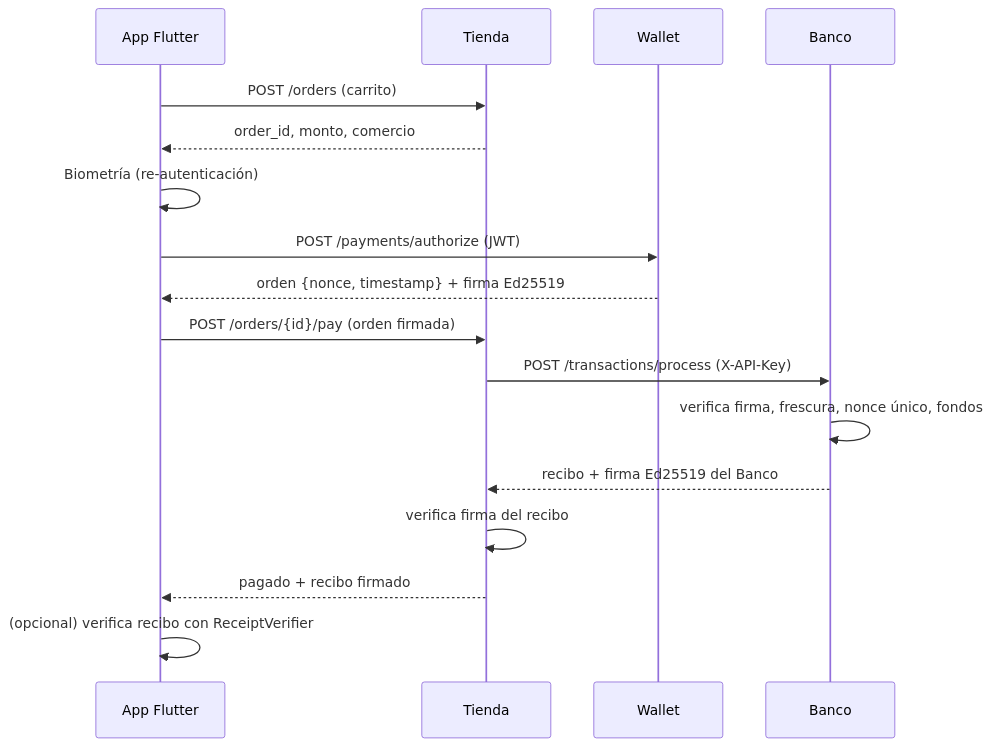
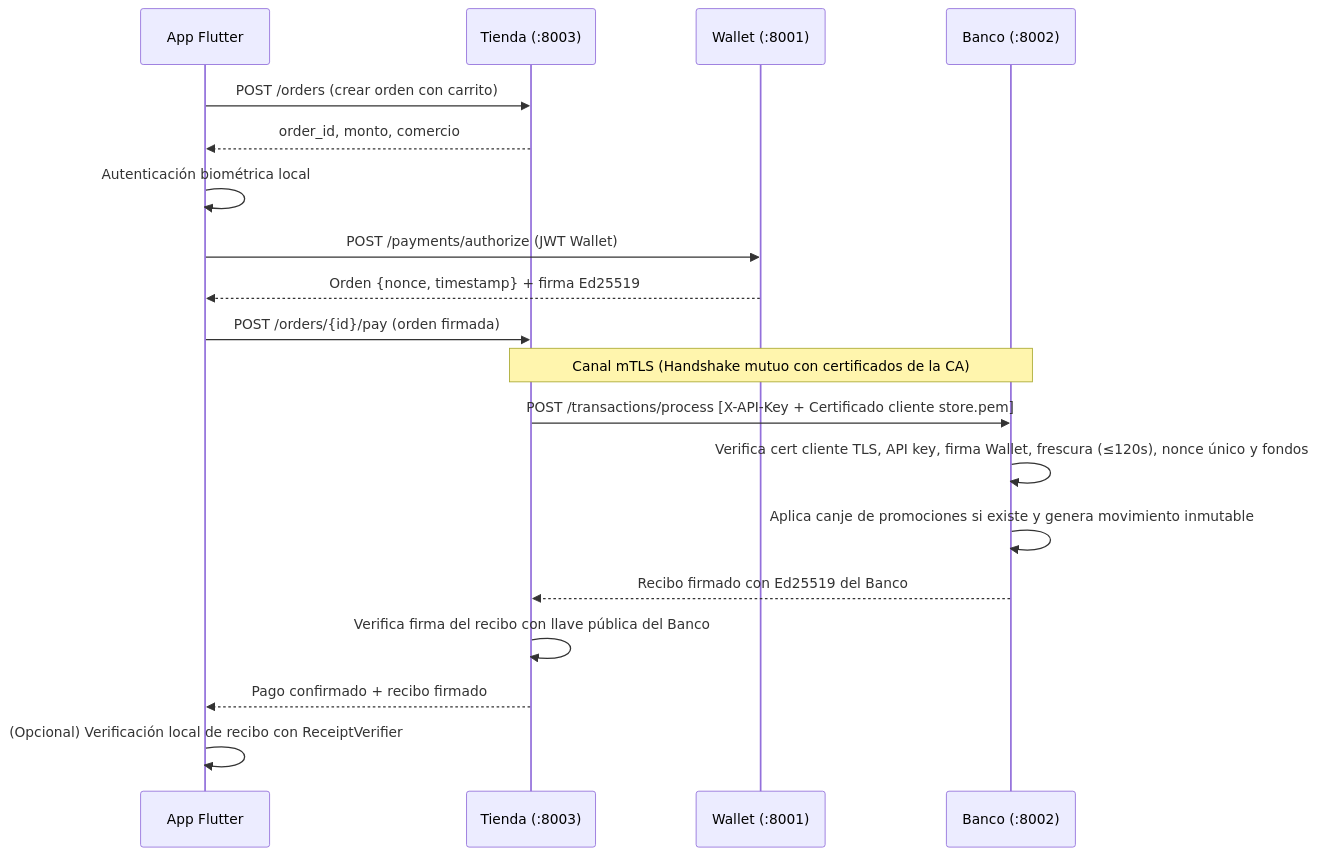
One commit to yaelalfonso31-lang/SecureWallet-Proyecto-de-Ciberseguridad- changed the first of 3 diagrams in docs/ARQUITECTURA.md. Above: the diagram before and after it, drawn with Mermaid. The commit also changed other lines of this file and 4 other files, not shown here.

Commit message:
feat(bank): B8 - revisión final de seguridad y documentación del Banco

````diff
--- a/docs/ARQUITECTURA.md
+++ b/docs/ARQUITECTURA.md
@@ -25,19 +35,22 @@
 ```mermaid
 sequenceDiagram
     participant A as App Flutter
-    participant T as Tienda
-    participant W as Wallet
-    participant B as Banco
-    A->>T: POST /orders (carrito)
+    participant T as Tienda (:8003)
+    participant W as Wallet (:8001)
+    participant B as Banco (:8002)
+
+    A->>T: POST /orders (crear orden con carrito)
     T-->>A: order_id, monto, comercio
-    A->>A: Biometría (re-autenticación)
-    A->>W: POST /payments/authorize (JWT)
-    W-->>A: orden {nonce, timestamp} + firma Ed25519
+    A->>A: Autenticación biométrica local
+    A->>W: POST /payments/authorize (JWT Wallet)
+    W-->>A: Orden {nonce, timestamp} + firma Ed25519
     A->>T: POST /orders/{id}/pay (orden firmada)
-    T->>B: POST /transactions/process (X-API-Key)
-    B->>B: verifica firma, frescura, nonce único, fondos
-    B-->>T: recibo + firma Ed25519 del Banco
-    T->>T: verifica firma del recibo
-    T-->>A: pagado + recibo firmado
-    A->>A: (opcional) verifica recibo con ReceiptVerifier
+    Note over T,B: Canal mTLS (Handshake mutuo con certificados de la CA)
+    T->>B: POST /transactions/process [X-API-Key + Certificado cliente store.pem]
+    B->>B: Verifica cert cliente TLS, API key, firma Wallet, frescura (≤120s), nonce único y fondos
+    B->>B: Aplica canje de promociones si existe y genera movimiento inmutable
+    B-->>T: Recibo firmado con Ed25519 del Banco
+    T->>T: Verifica firma del recibo con llave pública del Banco
+    T-->>A: Pago confirmado + recibo firmado
+    A->>A: (Opcional) Verificación local de recibo con ReceiptVerifier
 ```
````
